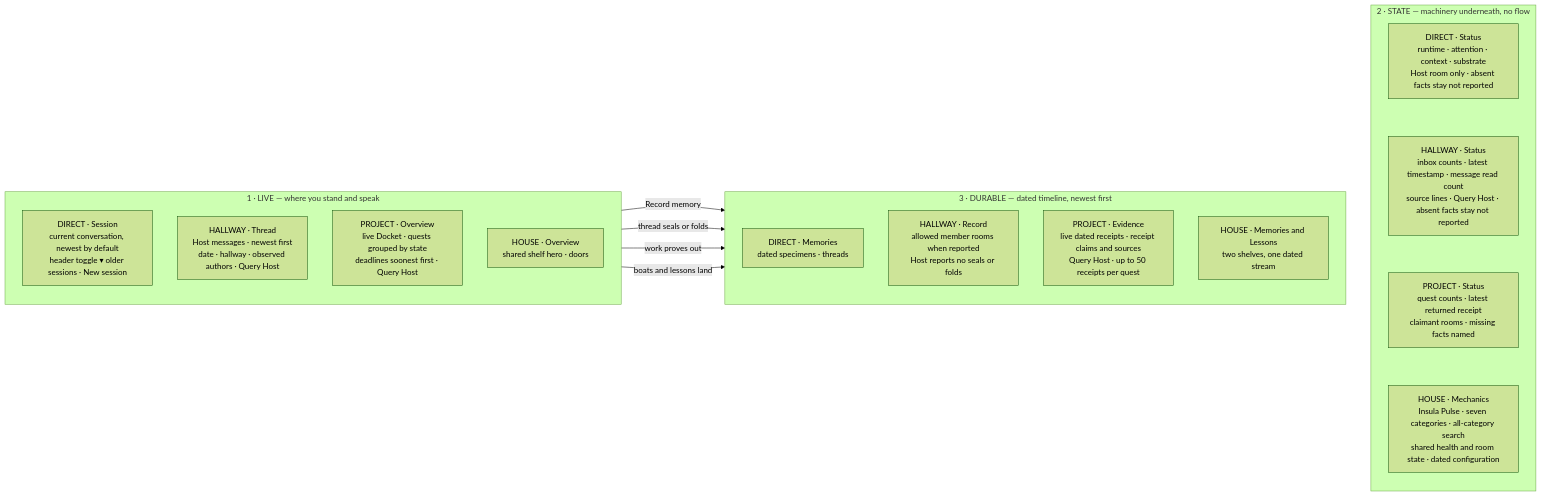
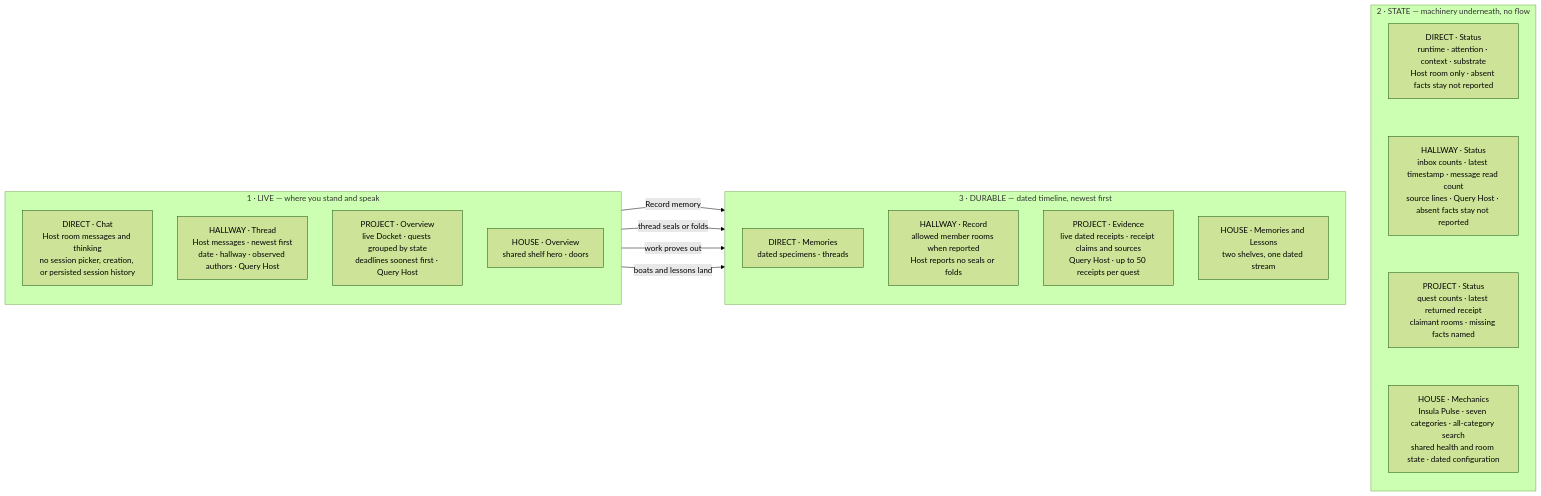
Before and after one commit to solarisael/the-athanor: the second of 2 diagrams in gui-prototype/NAVIGATION_MAP.md, drawn with Mermaid (forest theme). The commit also changed other lines of this file and 30 other files, not shown here.

````diff
--- a/gui-prototype/NAVIGATION_MAP.md
+++ b/gui-prototype/NAVIGATION_MAP.md
@@ -46,37 +46,37 @@
 ```mermaid
 flowchart LR
 
 subgraph LIVE["1 · LIVE — where you stand and speak"]
   direction TB
-  dLive["DIRECT · Session<br>current conversation, newest by default<br>header toggle ▾ older sessions · New session"]
+  dLive["DIRECT · Chat<br>Host room messages and thinking<br>no session picker, creation, or persisted session history"]
   hLive["HALLWAY · Thread<br>Host messages · newest first<br>date · hallway · observed authors · Query Host"]
   pLive["PROJECT · Overview<br>live Docket · quests grouped by state<br>deadlines soonest first · Query Host"]
   houseLive["HOUSE · Overview<br>shared shelf hero · doors"]
 end
 
 subgraph DUR["3 · DURABLE — dated timeline, newest first"]
   direction TB
   dDur["DIRECT · Memories<br>dated specimens · threads"]
   hDur["HALLWAY · Record<br>allowed member rooms when reported<br>Host reports no seals or folds"]
   pDur["PROJECT · Evidence<br>live dated receipts · receipt claims and sources<br>Query Host · up to 50 receipts per quest"]
   houseDur["HOUSE · Memories and Lessons<br>two shelves, one dated stream"]
 end
 
 subgraph STATE["2 · STATE — machinery underneath, no flow"]
   direction TB
   dState["DIRECT · Status<br>runtime · attention · context · substrate<br>Host room only · absent facts stay not reported"]
   hState["HALLWAY · Status<br>inbox counts · latest timestamp · message read count<br>source lines · Query Host · absent facts stay not reported"]
   pState["PROJECT · Status<br>quest counts · latest returned receipt<br>claimant rooms · missing facts named"]
   houseState["HOUSE · Mechanics<br>Insula Pulse · seven categories · all-category search<br>shared health and room state · dated configuration"]
 end
 
 dState ~~~ hState ~~~ pState ~~~ houseState
 
 dLive -->|"Record memory"| dDur
 hLive -->|"thread seals or folds"| hDur
 pLive -->|"work proves out"| pDur
 houseLive -->|"boats and lessons land"| houseDur
 
 LIVE ~~~ DUR
 DUR ~~~ STATE
 ```
````
